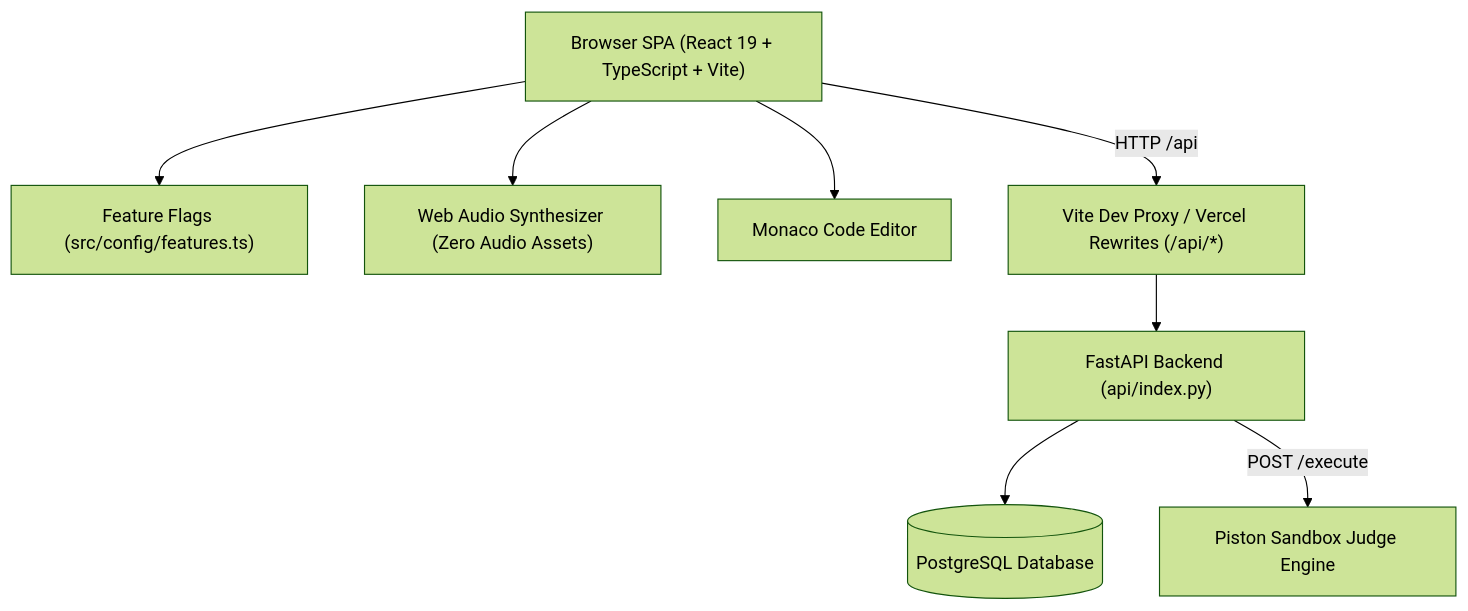
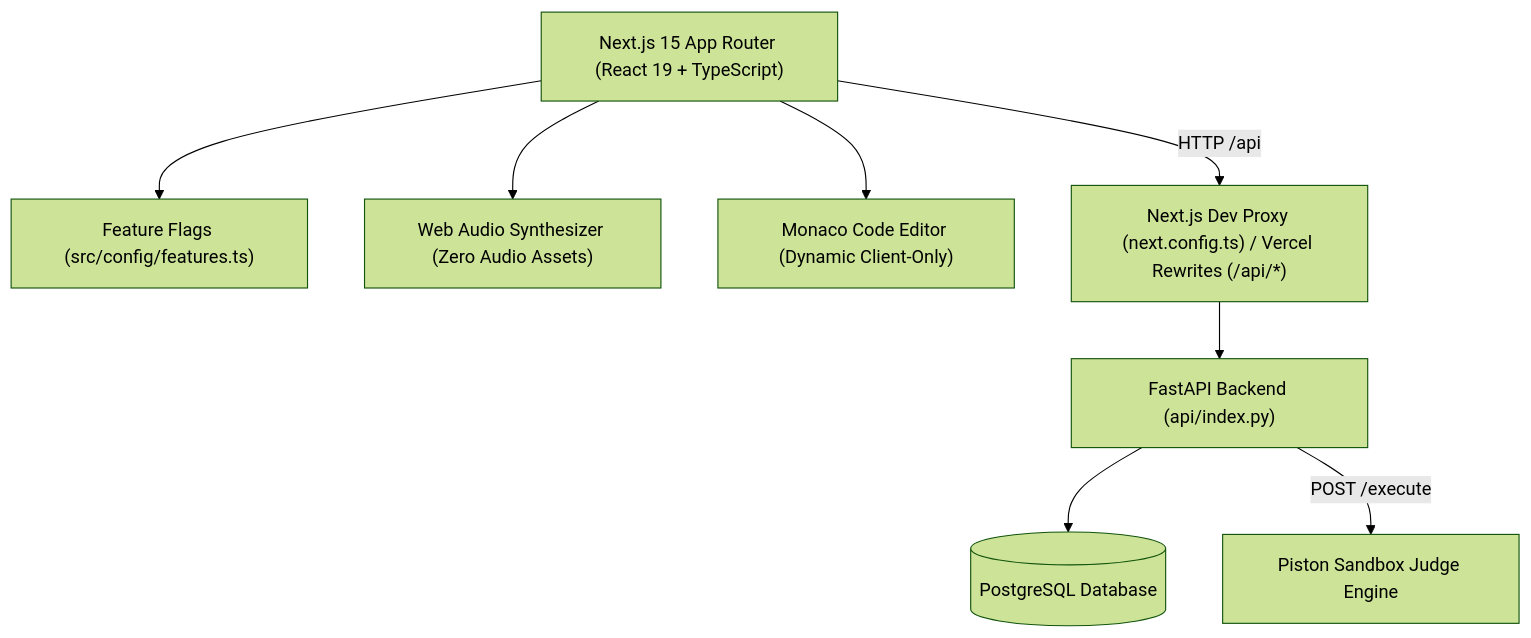
The diagram in README.md (zap-arena/zap), drawn with Mermaid (forest theme) before and after one commit. The commit also changed other lines of this file and 133 other files, not shown here.

````diff
--- a/README.md
+++ b/README.md
@@ -29,20 +29,20 @@
 ```mermaid
 flowchart TD
-    Client["Browser SPA (React 19 + TypeScript + Vite)"]
+    Client["Next.js 15 App Router (React 19 + TypeScript)"]
     Features["Feature Flags (src/config/features.ts)"]
     AudioSynth["Web Audio Synthesizer (Zero Audio Assets)"]
-    Monaco["Monaco Code Editor"]
+    Monaco["Monaco Code Editor (Dynamic Client-Only)"]
     
-    APIProxy["Vite Dev Proxy / Vercel Rewrites (/api/*)"]
+    APIProxy["Next.js Dev Proxy (next.config.ts) / Vercel Rewrites (/api/*)"]
     Backend["FastAPI Backend (api/index.py)"]
     DB[("PostgreSQL Database")]
     Piston["Piston Sandbox Judge Engine"]
 
     Client --> Features
     Client --> AudioSynth
     Client --> Monaco
     Client -->|HTTP /api| APIProxy
     APIProxy --> Backend
     Backend --> DB
     Backend -->|POST /execute| Piston
 ```
````
